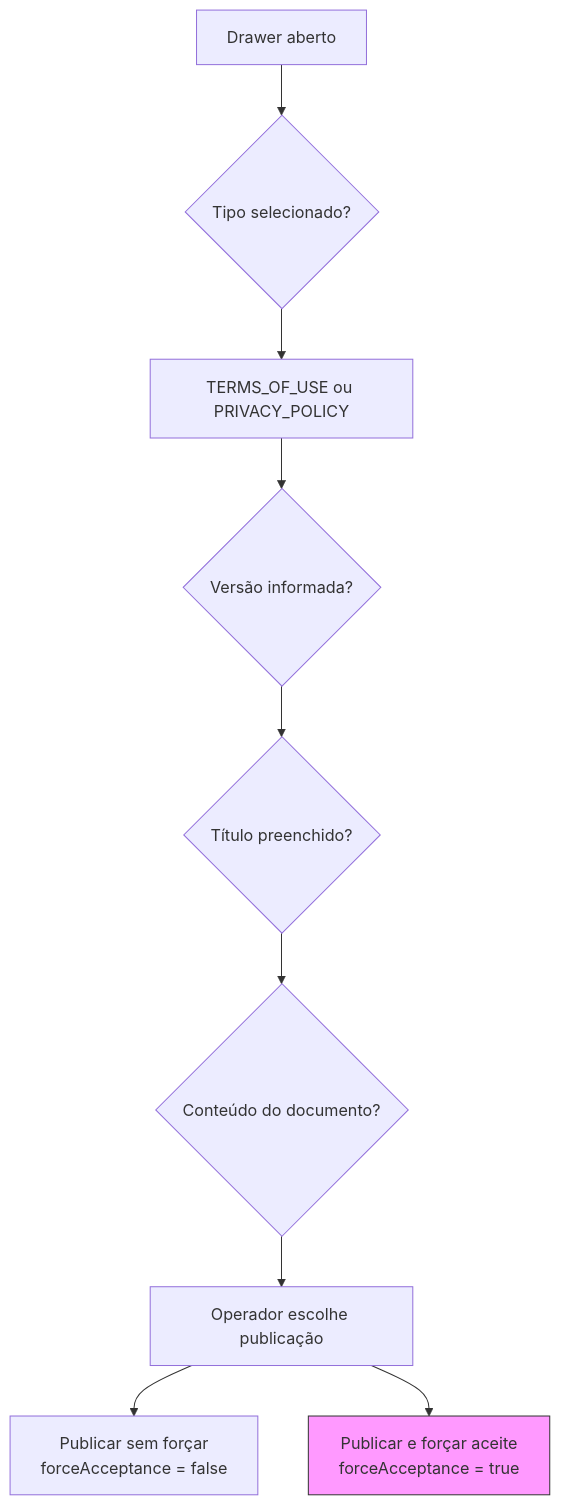
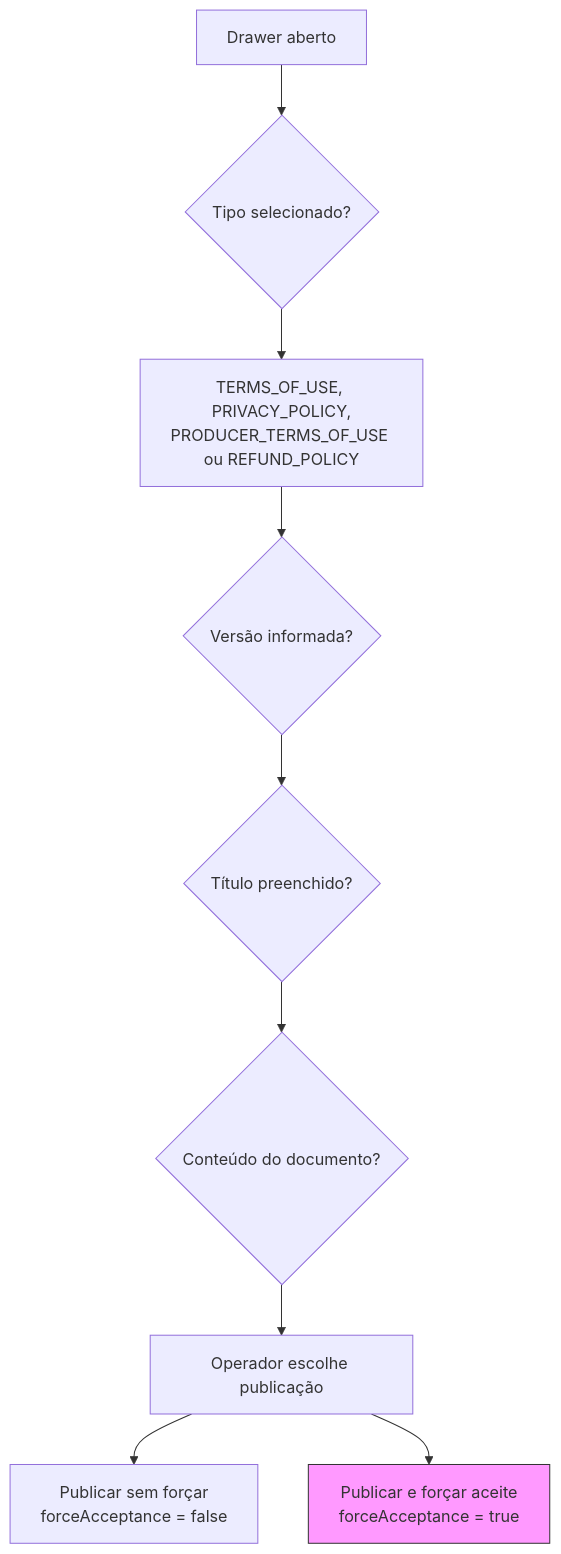
The diagram in produto/especificacao-funcional/fluxos/admin/compliance-termos/parte-2-formulario-e-validacao.md (jotav-software/pulse-engineering-docs), drawn with Mermaid before and after one commit. The commit also changed other lines of this file and 26 other files, not shown here.

````diff
--- a/produto/especificacao-funcional/fluxos/admin/compliance-termos/parte-2-formulario-e-validacao.md
+++ b/produto/especificacao-funcional/fluxos/admin/compliance-termos/parte-2-formulario-e-validacao.md
@@ -5,14 +5,14 @@
 ```mermaid
 flowchart TD
   A[Drawer aberto] --> B{Tipo selecionado?}
-  B --> C[TERMS_OF_USE ou PRIVACY_POLICY]
+  B --> C[TERMS_OF_USE, PRIVACY_POLICY,<br/>PRODUCER_TERMS_OF_USE ou REFUND_POLICY]
   C --> D{Versão informada?}
   D --> E{Título preenchido?}
   E --> F{Conteúdo do documento?}
   F --> G[Operador escolhe publicação]
 
   G --> H[Publicar sem forçar<br/>forceAcceptance = false]
   G --> I[Publicar e forçar aceite<br/>forceAcceptance = true]
 
   style I fill:#f9f,stroke:#333
 ```
````
